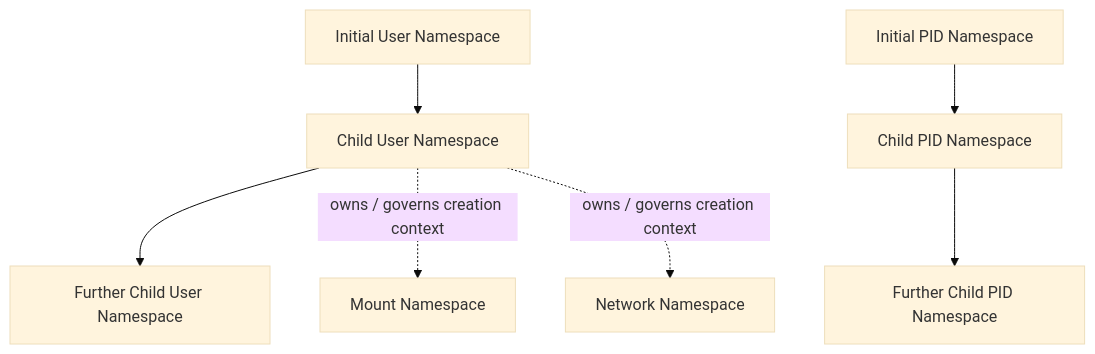
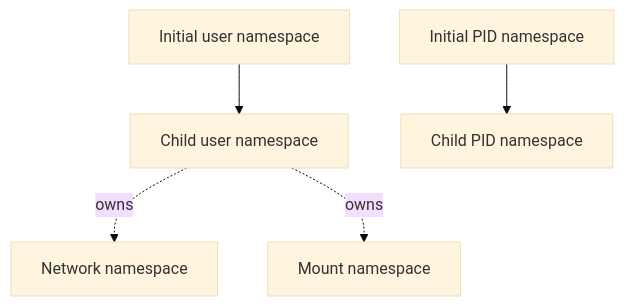
Before and after one commit to yul1ux/linux-containers-under-the-hood: the fourth of 4 diagrams in docs/part-02-kernel-isolation/chapter-03-linux-namespaces.md, drawn with Mermaid (base theme). The commit also changed other lines of this file, not shown here.

````diff
--- a/docs/part-02-kernel-isolation/chapter-03-linux-namespaces.md
+++ b/docs/part-02-kernel-isolation/chapter-03-linux-namespaces.md
@@ -421,11 +275,7 @@
 ```mermaid
 flowchart TB
-    U0[Initial User Namespace]
-    U0 --> U1[Child User Namespace]
-    U1 --> U2[Further Child User Namespace]
-    P0[Initial PID Namespace]
-    P0 --> P1[Child PID Namespace]
-    P1 --> P2[Further Child PID Namespace]
-    U1 -. owns / governs creation context .-> M1[Mount Namespace]
-    U1 -. owns / governs creation context .-> N1[Network Namespace]
+    U0[Initial user namespace] --> U1[Child user namespace]
+    U1 -. owns .-> N1[Network namespace]
+    U1 -. owns .-> M1[Mount namespace]
+    P0[Initial PID namespace] --> P1[Child PID namespace]
 ```
````
